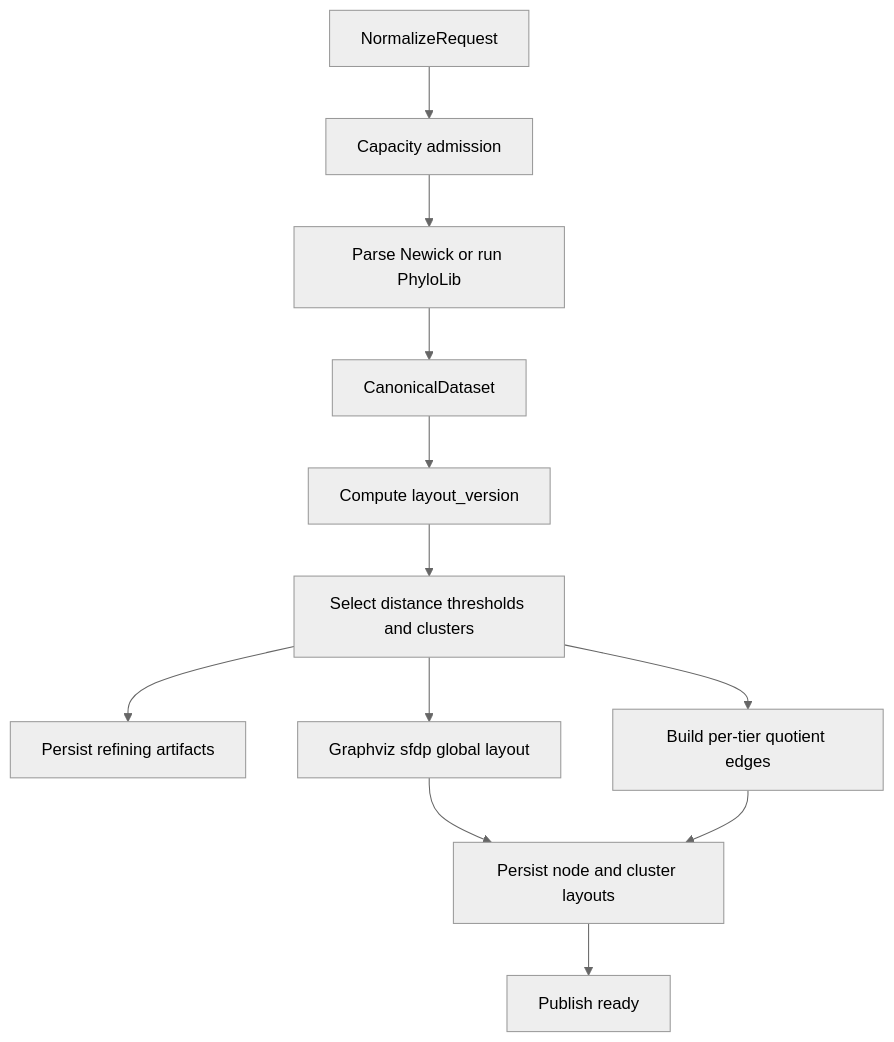
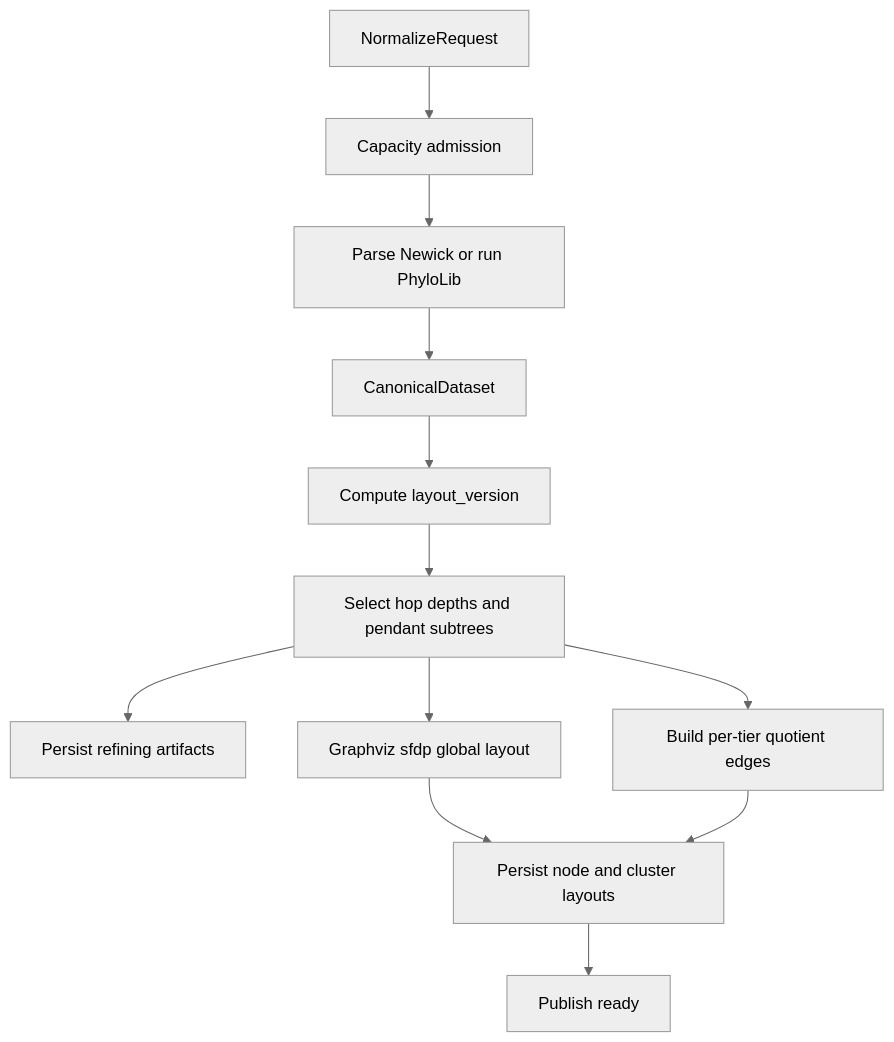
The second of 5 diagrams in docs/flow.md (phyloviz/phylo-lens), drawn with Mermaid (neutral theme) before and after one commit. The commit also changed 39 other files, not shown here.

Commit message:
Fix tree LoD clustering with rooted hop-based subtrees

````diff
--- a/docs/flow.md
+++ b/docs/flow.md
@@ -54,21 +54,21 @@
 ```mermaid
 flowchart TD
   Request[NormalizeRequest]
   Admission[Capacity admission]
   Parse[Parse Newick or run PhyloLib]
   Canonical[CanonicalDataset]
   Fingerprint[Compute layout_version]
-  Cluster[Select distance thresholds and clusters]
+  Cluster[Select hop depths and pendant subtrees]
   PersistBase[Persist refining artifacts]
   Edges[Build per-tier quotient edges]
   Layout[Graphviz sfdp global layout]
   PersistLayout[Persist node and cluster layouts]
   Publish[Publish ready]
 
   Request --> Admission --> Parse --> Canonical --> Fingerprint --> Cluster
   Cluster --> PersistBase
   Cluster --> Edges
   Cluster --> Layout
   Layout --> PersistLayout
   Edges --> PersistLayout --> Publish
 ```
````
